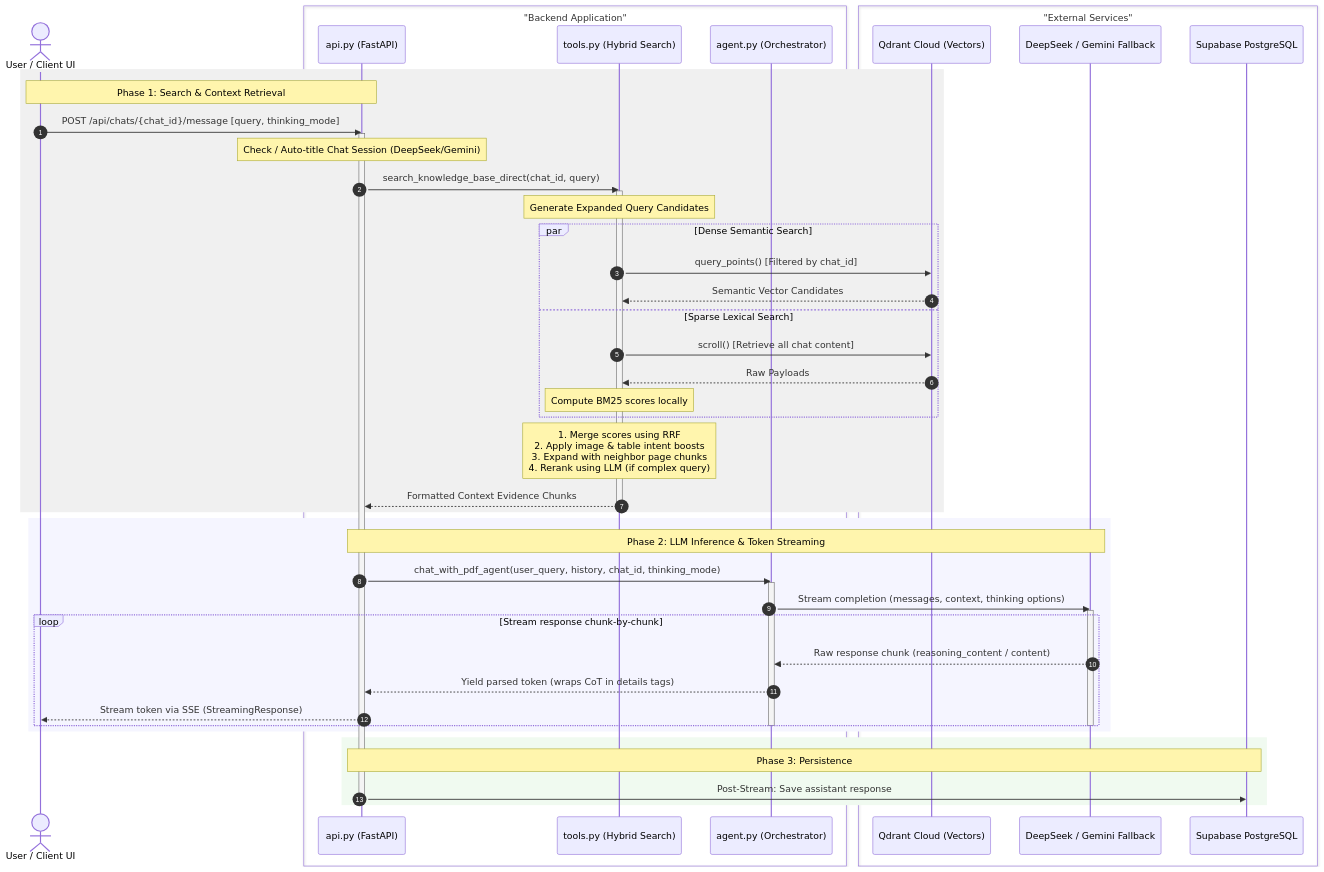
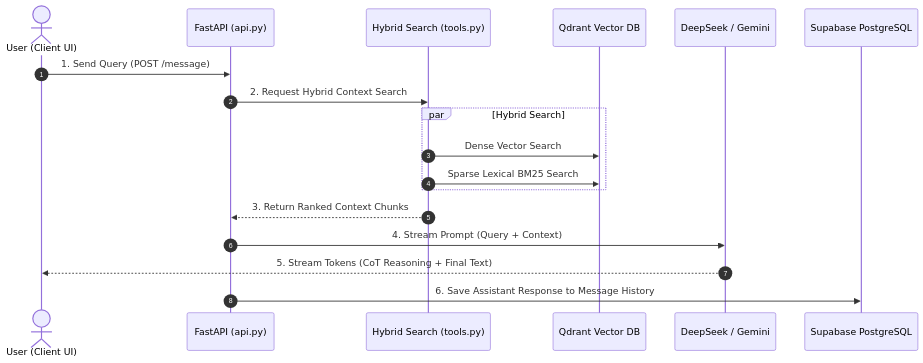
Before and after one commit to supernovaDS/ragAgent: the second of 3 diagrams in info.md, drawn with Mermaid. The commit also changed other lines of this file, not shown here.

Commit message:
docs: simplify sequence diagrams in info.md for maximum clarity and readability

````diff
--- a/info.md
+++ b/info.md
@@ -95,63 +58,21 @@
 ```mermaid
 sequenceDiagram
     autonumber
-    actor User as User / Client UI
-    
-    box "Backend Application"
-        participant API as api.py (FastAPI)
-        participant Tools as tools.py (Hybrid Search)
-        participant Agent as agent.py (Orchestrator)
+    actor User as User (Client UI)
+    participant API as FastAPI (api.py)
+    participant Tools as Hybrid Search (tools.py)
+    participant Qdrant as Qdrant Vector DB
+    participant LLM as DeepSeek / Gemini
+    participant DB as Supabase PostgreSQL
+
+    User->>API: 1. Send Query (POST /message)
+    API->>Tools: 2. Request Hybrid Context Search
+    par Hybrid Search
+        Tools->>Qdrant: Dense Vector Search
+        Tools->>Qdrant: Sparse Lexical BM25 Search
     end
-
-    box "External Services"
-        participant Qdrant as Qdrant Cloud (Vectors)
-        participant LLM as DeepSeek / Gemini Fallback
-        participant DB as Supabase PostgreSQL
-    end
-
-    rect rgb(240, 240, 240)
-        Note over User, API: Phase 1: Search & Context Retrieval
-        User->>API: POST /api/chats/{chat_id}/message [query, thinking_mode]
-        activate API
-        
-        Note over API: Check / Auto-title Chat Session (DeepSeek/Gemini)
-        API->>Tools: search_knowledge_base_direct(chat_id, query)
-        activate Tools
-        Note over Tools: Generate Expanded Query Candidates
-        
-        par Dense Semantic Search
-            Tools->>Qdrant: query_points() [Filtered by chat_id]
-            Qdrant-->>Tools: Semantic Vector Candidates
-        and Sparse Lexical Search
-            Tools->>Qdrant: scroll() [Retrieve all chat content]
-            Qdrant-->>Tools: Raw Payloads
-            Note over Tools: Compute BM25 scores locally
-        end
-
-        Note over Tools: 1. Merge scores using RRF<br/>2. Apply image & table intent boosts<br/>3. Expand with neighbor page chunks<br/>4. Rerank using LLM (if complex query)
-        Tools-->>API: Formatted Context Evidence Chunks
-        deactivate Tools
-    end
-
-    rect rgb(245, 245, 255)
-        Note over API, LLM: Phase 2: LLM Inference & Token Streaming
-        API->>Agent: chat_with_pdf_agent(user_query, history, chat_id, thinking_mode)
-        activate Agent
-        Agent->>LLM: Stream completion (messages, context, thinking options)
-        activate LLM
-        
-        loop Stream response chunk-by-chunk
-            LLM-->>Agent: Raw response chunk (reasoning_content / content)
-            Agent-->>API: Yield parsed token (wraps CoT in details tags)
-            API-->>User: Stream token via SSE (StreamingResponse)
-        end
-        deactivate LLM
-        deactivate Agent
-    end
-
-    rect rgb(240, 250, 240)
-        Note over API, DB: Phase 3: Persistence
-        API->>DB: Post-Stream: Save assistant response
-        deactivate API
-    end
+    Tools-->>API: 3. Return Ranked Context Chunks
+    API->>LLM: 4. Stream Prompt (Query + Context)
+    LLM-->>User: 5. Stream Tokens (CoT Reasoning + Final Text)
+    API->>DB: 6. Save Assistant Response to Message History
 ```
````
